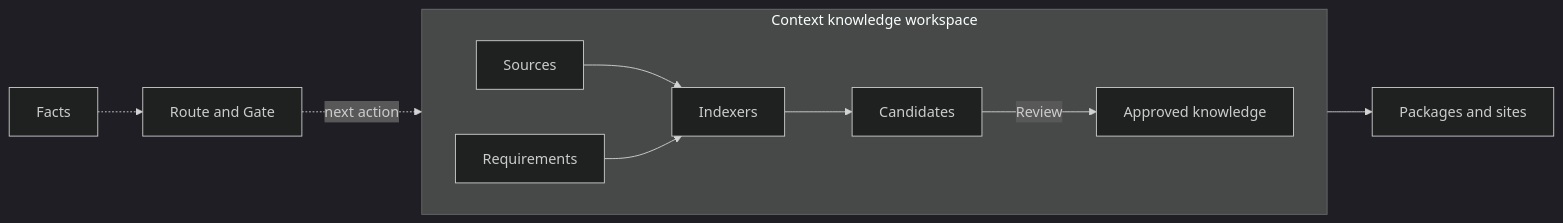
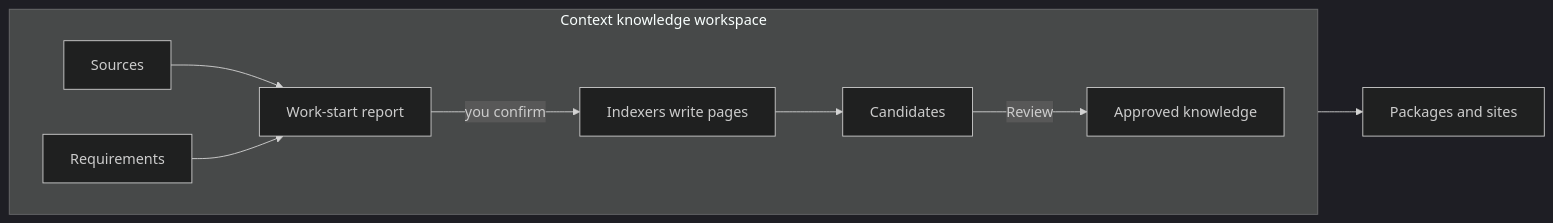
One commit to context4ai/portal changed the diagram in knowledge/product/getting-started/core-concepts.md. Above: the diagram before and after it, drawn with Mermaid (dark theme). The commit also changed other lines of this file and 138 other files, not shown here.

````diff
--- a/knowledge/product/getting-started/core-concepts.md
+++ b/knowledge/product/getting-started/core-concepts.md
@@ -13,13 +13,12 @@
 ```mermaid
 flowchart LR
   subgraph ws["Context knowledge workspace"]
     direction LR
-    src["Sources"] --> idx["Indexers"]
-    req["Requirements"] --> idx
+    src["Sources"] --> plan["Work-start report"]
+    req["Requirements"] --> plan
+    plan -->|you confirm| idx["Indexers write pages"]
     idx --> cand["Candidates"]
     cand -->|Review| kn["Approved knowledge"]
   end
   kn --> pkg["Packages and sites"]
-  facts["Facts"] -.-> route["Route and Gate"]
-  route -.->|next action| idx
 ```
````
